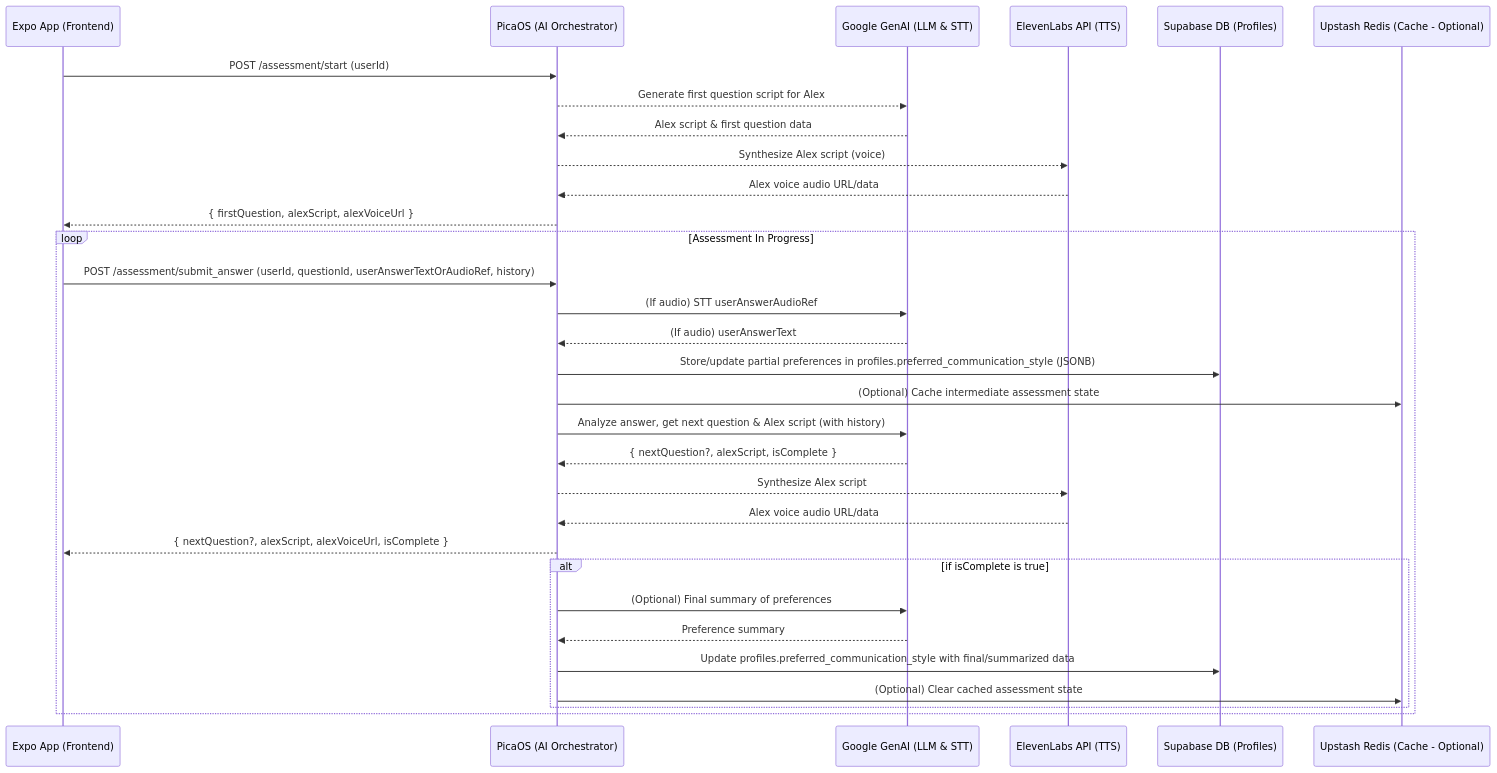
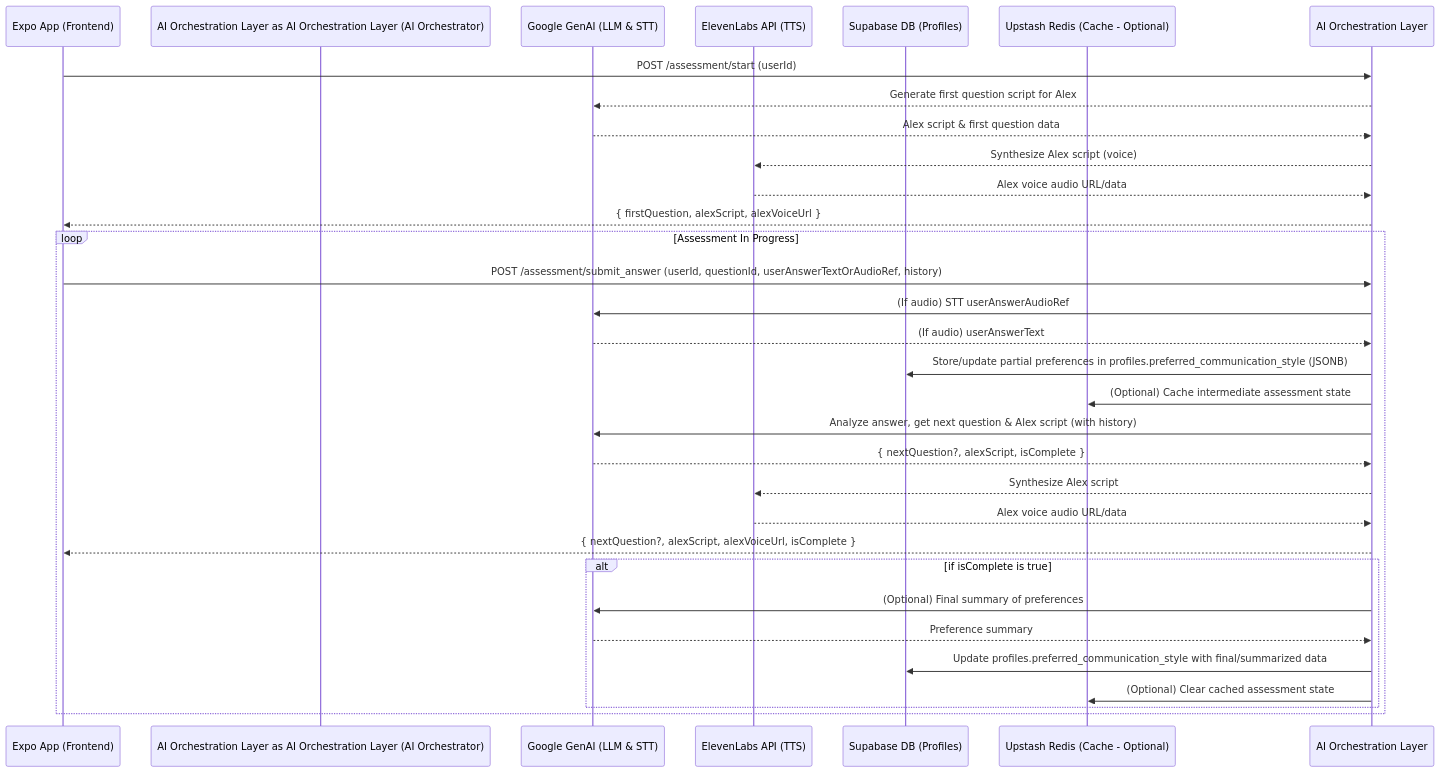
The first of 3 diagrams in docs/technical_product_knowledge_base/part4_data_flow_architecture_details.md (lord-dubious/understand.me), drawn with Mermaid before and after one commit. The commit also changed other lines of this file and 32 other files, not shown here.

First line of the commit message:
🚀 Complete Boilerplate: Simplified Architecture & TaskMaster

````diff
--- a/docs/technical_product_knowledge_base/part4_data_flow_architecture_details.md
+++ b/docs/technical_product_knowledge_base/part4_data_flow_architecture_details.md
@@ -23,35 +23,35 @@
 ```mermaid
 sequenceDiagram
     participant ExpoApp as Expo App (Frontend)
-    participant PicaOS as PicaOS (AI Orchestrator)
+    participant AI Orchestration Layer as AI Orchestration Layer (AI Orchestrator)
     participant GoogleGenAI as Google GenAI (LLM & STT)
     participant ElevenLabs as ElevenLabs API (TTS)
     participant SupabaseDB as Supabase DB (Profiles)
     participant UpstashRedis as Upstash Redis (Cache - Optional)
 
-    ExpoApp->>PicaOS: POST /assessment/start (userId)
-    PicaOS-->>GoogleGenAI: Generate first question script for Alex
-    GoogleGenAI-->>PicaOS: Alex script & first question data
-    PicaOS-->>ElevenLabs: Synthesize Alex script (voice)
-    ElevenLabs-->>PicaOS: Alex voice audio URL/data
-    PicaOS-->>ExpoApp: { firstQuestion, alexScript, alexVoiceUrl }
+    ExpoApp->>AI Orchestration Layer: POST /assessment/start (userId)
+    AI Orchestration Layer-->>GoogleGenAI: Generate first question script for Alex
+    GoogleGenAI-->>AI Orchestration Layer: Alex script & first question data
+    AI Orchestration Layer-->>ElevenLabs: Synthesize Alex script (voice)
+    ElevenLabs-->>AI Orchestration Layer: Alex voice audio URL/data
+    AI Orchestration Layer-->>ExpoApp: { firstQuestion, alexScript, alexVoiceUrl }
 
     loop Assessment In Progress
-        ExpoApp->>PicaOS: POST /assessment/submit_answer (userId, questionId, userAnswerTextOrAudioRef, history)
-        PicaOS->>GoogleGenAI: (If audio) STT userAnswerAudioRef
-        GoogleGenAI-->>PicaOS: (If audio) userAnswerText
-        PicaOS->>SupabaseDB: Store/update partial preferences in profiles.preferred_communication_style (JSONB)
-        PicaOS->>UpstashRedis: (Optional) Cache intermediate assessment state
-        PicaOS->>GoogleGenAI: Analyze answer, get next question & Alex script (with history)
-        GoogleGenAI-->>PicaOS: { nextQuestion?, alexScript, isComplete }
-        PicaOS-->>ElevenLabs: Synthesize Alex script
-        ElevenLabs-->>PicaOS: Alex voice audio URL/data
-        PicaOS-->>ExpoApp: { nextQuestion?, alexScript, alexVoiceUrl, isComplete }
+        ExpoApp->>AI Orchestration Layer: POST /assessment/submit_answer (userId, questionId, userAnswerTextOrAudioRef, history)
+        AI Orchestration Layer->>GoogleGenAI: (If audio) STT userAnswerAudioRef
+        GoogleGenAI-->>AI Orchestration Layer: (If audio) userAnswerText
+        AI Orchestration Layer->>SupabaseDB: Store/update partial preferences in profiles.preferred_communication_style (JSONB)
+        AI Orchestration Layer->>UpstashRedis: (Optional) Cache intermediate assessment state
+        AI Orchestration Layer->>GoogleGenAI: Analyze answer, get next question & Alex script (with history)
+        GoogleGenAI-->>AI Orchestration Layer: { nextQuestion?, alexScript, isComplete }
+        AI Orchestration Layer-->>ElevenLabs: Synthesize Alex script
+        ElevenLabs-->>AI Orchestration Layer: Alex voice audio URL/data
+        AI Orchestration Layer-->>ExpoApp: { nextQuestion?, alexScript, alexVoiceUrl, isComplete }
         alt if isComplete is true
-            PicaOS->>GoogleGenAI: (Optional) Final summary of preferences
-            GoogleGenAI-->>PicaOS: Preference summary
-            PicaOS->>SupabaseDB: Update profiles.preferred_communication_style with final/summarized data
-            PicaOS->>UpstashRedis: (Optional) Clear cached assessment state
+            AI Orchestration Layer->>GoogleGenAI: (Optional) Final summary of preferences
+            GoogleGenAI-->>AI Orchestration Layer: Preference summary
+            AI Orchestration Layer->>SupabaseDB: Update profiles.preferred_communication_style with final/summarized data
+            AI Orchestration Layer->>UpstashRedis: (Optional) Clear cached assessment state
         end
     end
 ```
````
